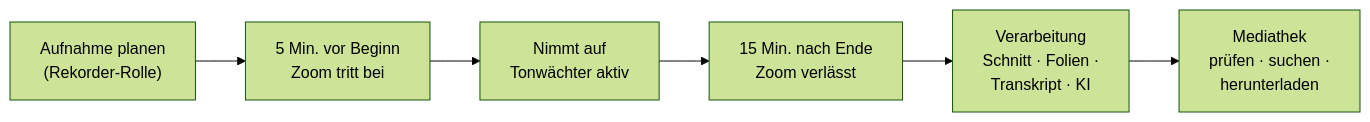
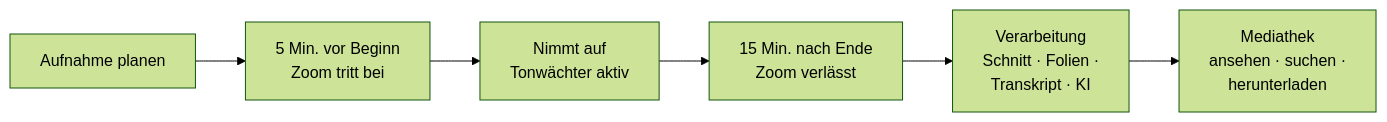
The diagram in README.md (PBaumfalk/ZoomVCR), drawn with Mermaid (forest theme) before and after one commit. The commit also changed other lines of this file and 42 other files, not shown here.

````diff
--- a/README.md
+++ b/README.md
@@ -81,8 +80,8 @@
 ```mermaid
 flowchart LR
-  A["Aufnahme planen<br/>(Rekorder-Rolle)"] --> B["5 Min. vor Beginn<br/>Zoom tritt bei"]
+  A["Aufnahme planen"] --> B["5 Min. vor Beginn<br/>Zoom tritt bei"]
   B --> C["Nimmt auf<br/>Tonwächter aktiv"]
   C --> D["15 Min. nach Ende<br/>Zoom verlässt"]
   D --> E["Verarbeitung<br/>Schnitt · Folien ·<br/>Transkript · KI"]
-  E --> F["Mediathek<br/>prüfen · suchen ·<br/>herunterladen"]
+  E --> F["Mediathek<br/>ansehen · suchen ·<br/>herunterladen"]
 ```
````
